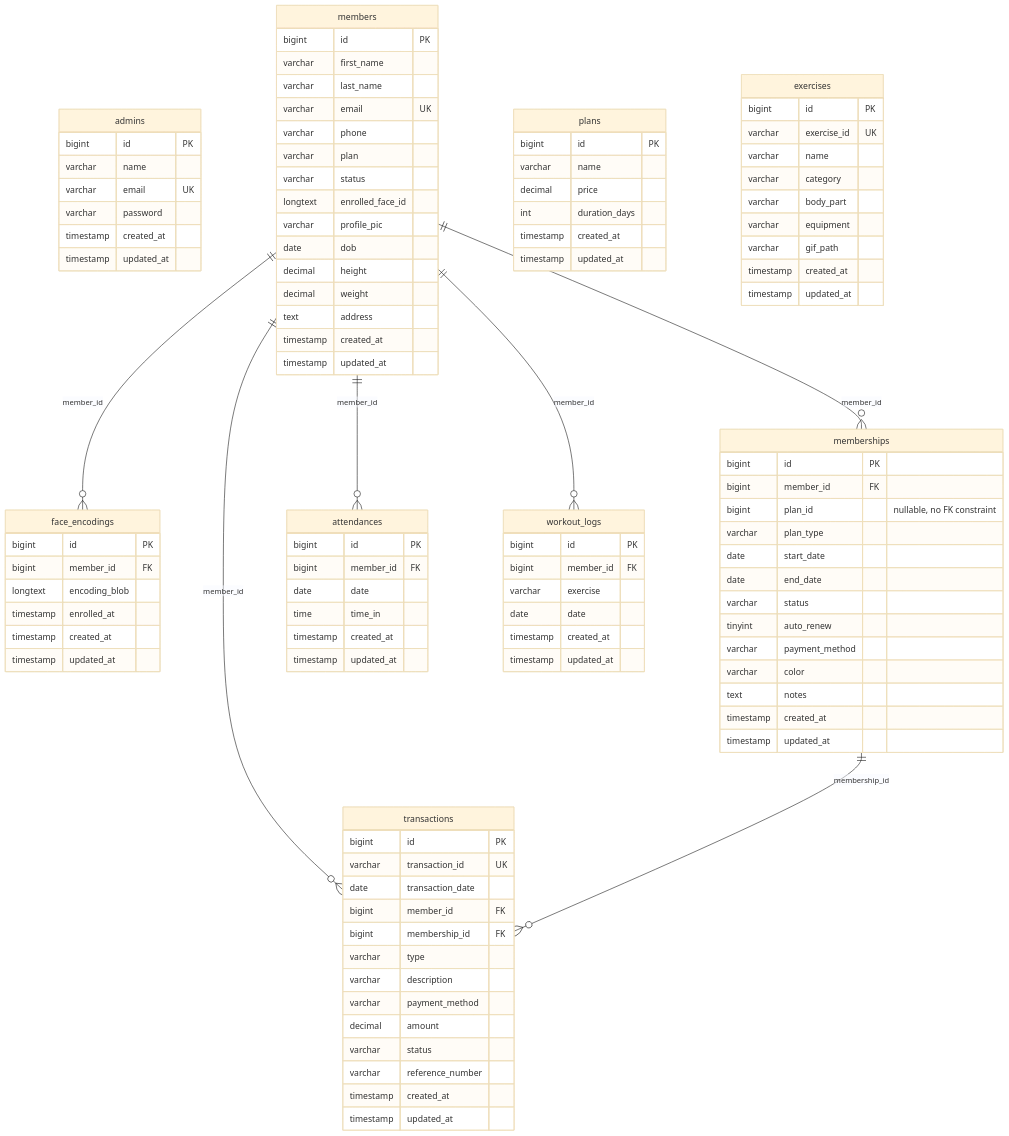
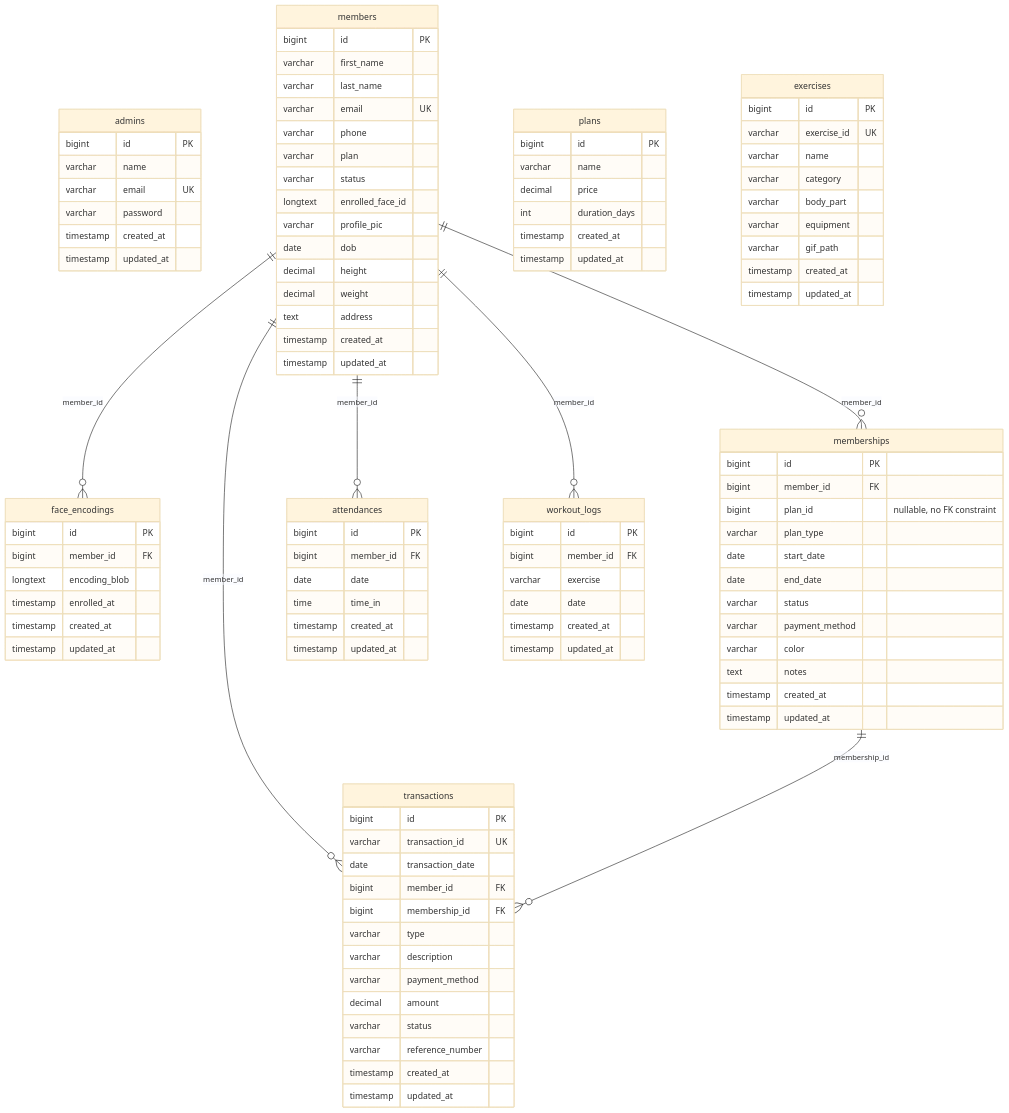
Before and after one commit to Plonteras191/GYM2-CAPSTONE: the diagram in DOCUMENTATION/Physical Entity-Relationship Diagram/Physical Entity-Relationship Diagram.md, drawn with Mermaid (base theme). The commit also changed other lines of this file and 4 other files, not shown here.

Commit message:
docs: remove auto_renew attribute from Physical and Logical ERDs

```diff
--- a/DOCUMENTATION/Physical Entity-Relationship Diagram/Physical Entity-Relationship Diagram.md
+++ b/DOCUMENTATION/Physical Entity-Relationship Diagram/Physical Entity-Relationship Diagram.md
@@ -63,7 +63,6 @@
         date start_date
         date end_date
         varchar status
-        tinyint auto_renew
         varchar payment_method
         varchar color
         text notes
```
